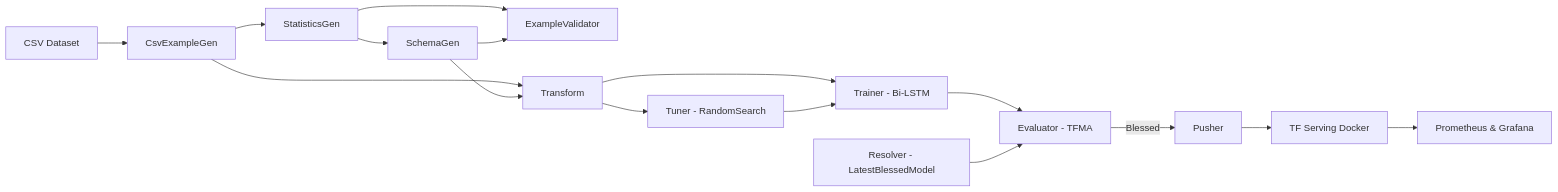
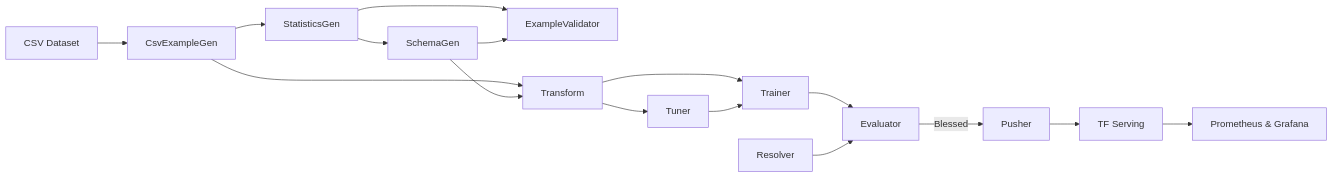
One commit to azharzuhro12/Proyek-AI-DS-Dicoding changed the diagram in proyek MLops/README.md. Above: the diagram before and after it, drawn with Mermaid. The commit also changed other lines of this file, not shown here.

````diff
--- a/proyek MLops/README.md
+++ b/proyek MLops/README.md
@@ -11,18 +17,18 @@
 ```mermaid
 flowchart LR
     A[CSV Dataset] --> B[CsvExampleGen]
     B --> C[StatisticsGen]
     C --> D[SchemaGen]
     C --> E[ExampleValidator]
     D --> E
     B --> F[Transform]
     D --> F
-    F --> G[Tuner - RandomSearch]
-    F --> H[Trainer - Bi-LSTM]
+    F --> G[Tuner]
+    F --> H[Trainer]
     G --> H
-    H --> I[Evaluator - TFMA]
-    J[Resolver - LatestBlessedModel] --> I
+    H --> I[Evaluator]
+    J[Resolver] --> I
     I -->|Blessed| K[Pusher]
-    K --> L[TF Serving Docker]
+    K --> L[TF Serving]
     L --> M[Prometheus & Grafana]
 ```
````
